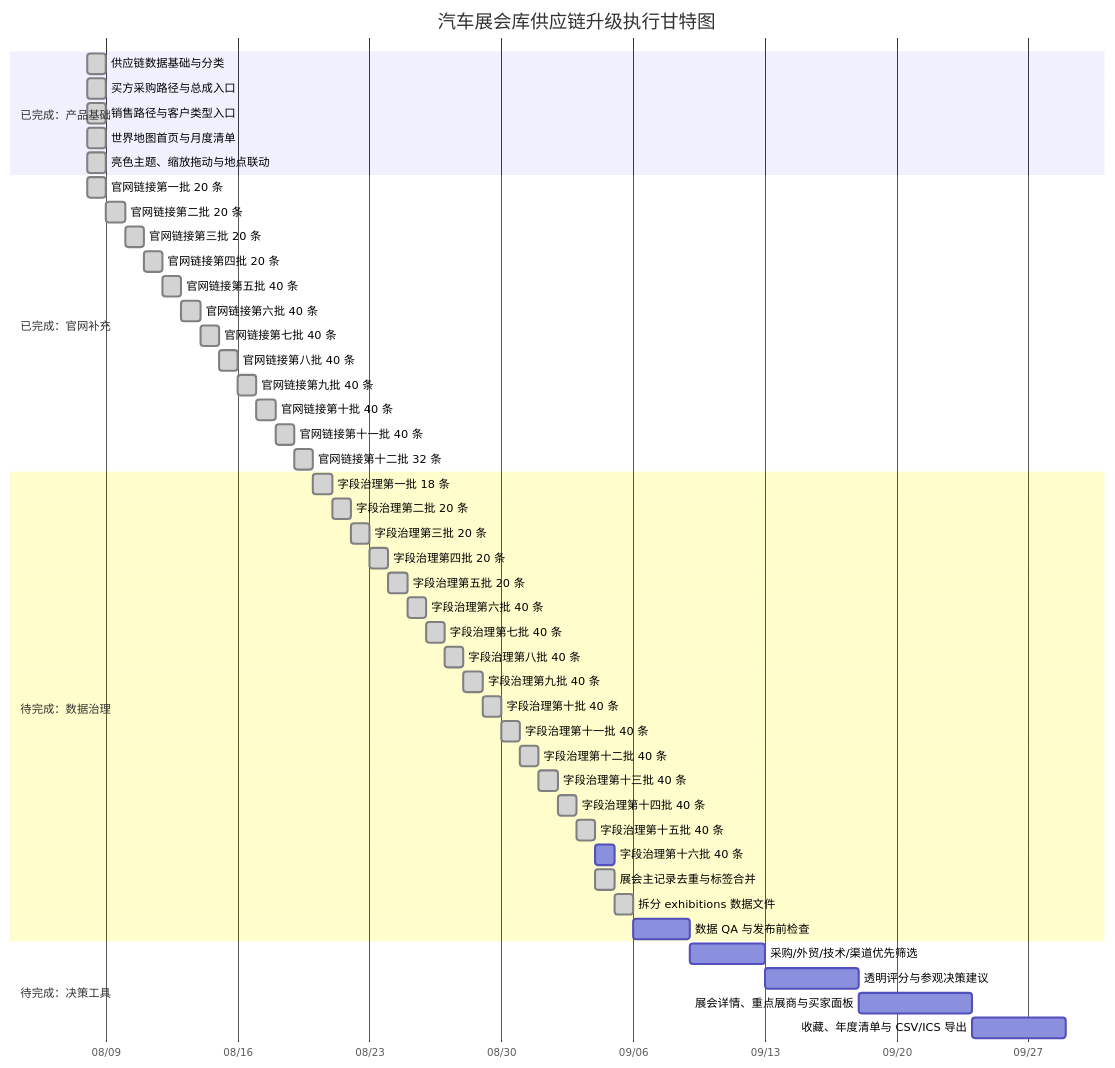
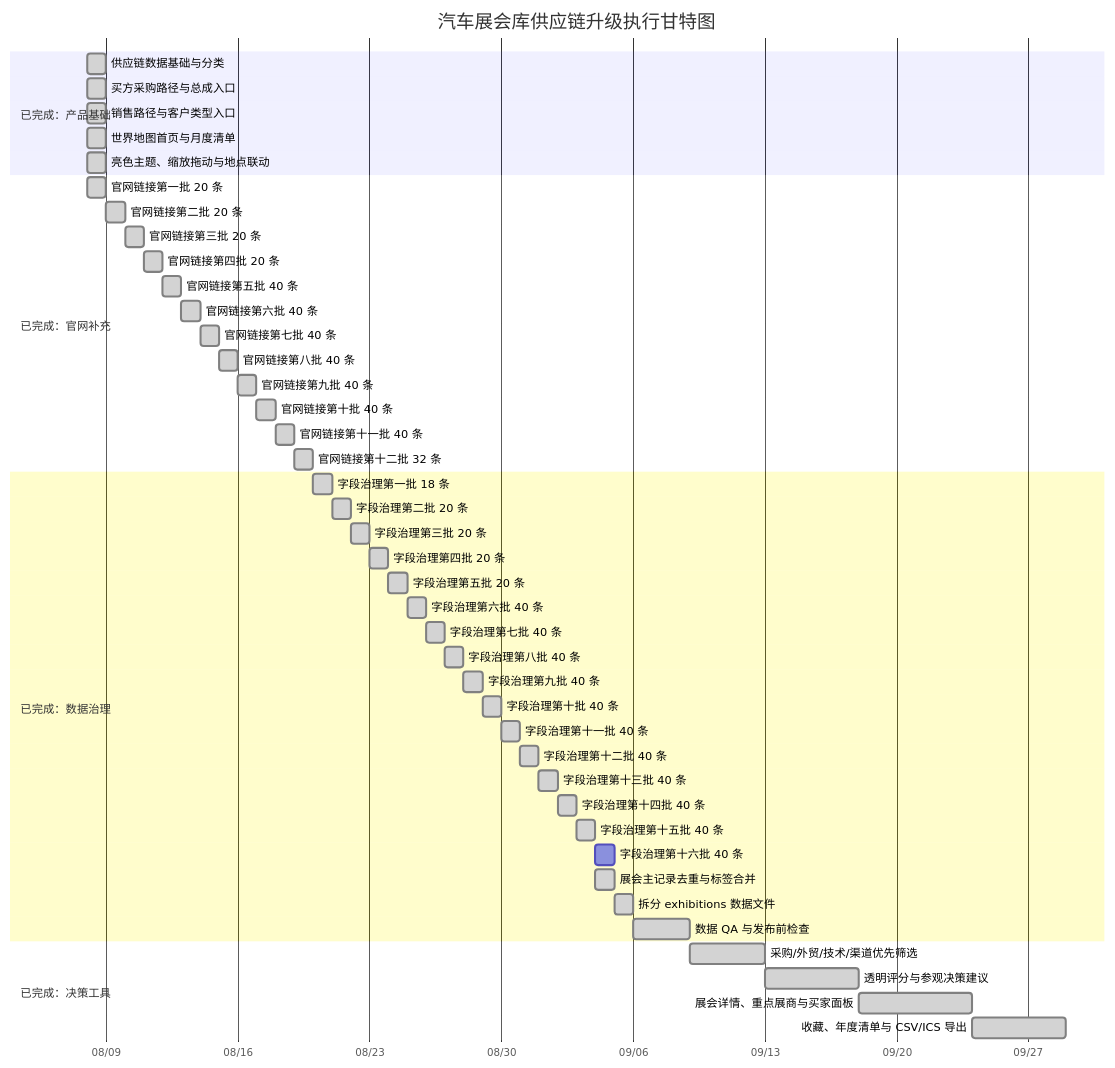
One commit to Cloudyluk/auto-expo changed the diagram in docs/PROJECT_PROGRESS.md. Above: the diagram before and after it, drawn with Mermaid. The commit also changed other lines of this file and 4 other files, not shown here.

````diff
--- a/docs/PROJECT_PROGRESS.md
+++ b/docs/PROJECT_PROGRESS.md
@@ -20,50 +20,50 @@
 ```mermaid
 gantt
     title 汽车展会库供应链升级执行甘特图
     dateFormat  YYYY-MM-DD
     axisFormat  %m/%d
     section 已完成：产品基础
     供应链数据基础与分类             :done, foundation, 2026-08-08, 1d
     买方采购路径与总成入口           :done, buyer, 2026-08-08, 1d
     销售路径与客户类型入口           :done, seller, 2026-08-08, 1d
     世界地图首页与月度清单           :done, map, 2026-08-08, 1d
     亮色主题、缩放拖动与地点联动     :done, interaction, 2026-08-08, 1d
     section 已完成：官网补充
     官网链接第一批 20 条             :done, links1, 2026-08-08, 1d
     官网链接第二批 20 条             :done, links2, after links1, 1d
     官网链接第三批 20 条             :done, links3, after links2, 1d
     官网链接第四批 20 条             :done, links4, after links3, 1d
     官网链接第五批 40 条             :done, links5done, after links4, 1d
     官网链接第六批 40 条             :done, links6done, after links5done, 1d
     官网链接第七批 40 条             :done, links7done, after links6done, 1d
     官网链接第八批 40 条             :done, links8done, after links7done, 1d
     官网链接第九批 40 条             :done, links9done, after links8done, 1d
     官网链接第十批 40 条             :done, links10done, after links9done, 1d
     官网链接第十一批 40 条           :done, links11done, after links10done, 1d
     官网链接第十二批 32 条           :done, links12done, after links11done, 1d
-    section 待完成：数据治理
+    section 已完成：数据治理
     字段治理第一批 18 条             :done, fields1, after links12done, 1d
     字段治理第二批 20 条             :done, fields2, after fields1, 1d
     字段治理第三批 20 条             :done, fields3, after fields2, 1d
     字段治理第四批 20 条             :done, fields4, after fields3, 1d
     字段治理第五批 20 条             :done, fields5, after fields4, 1d
     字段治理第六批 40 条             :done, fields6, after fields5, 1d
     字段治理第七批 40 条             :done, fields7, after fields6, 1d
     字段治理第八批 40 条             :done, fields8, after fields7, 1d
     字段治理第九批 40 条             :done, fields9, after fields8, 1d
     字段治理第十批 40 条             :done, fields10, after fields9, 1d
     字段治理第十一批 40 条           :done, fields11, after fields10, 1d
     字段治理第十二批 40 条           :done, fields12, after fields11, 1d
     字段治理第十三批 40 条           :done, fields13, after fields12, 1d
     字段治理第十四批 40 条           :done, fields14, after fields13, 1d
     字段治理第十五批 40 条           :done, fields15, after fields14, 1d
     字段治理第十六批 40 条           :fields16, after fields15, 1d
     展会主记录去重与标签合并         :done, dedupe, after fields15, 1d
     拆分 exhibitions 数据文件        :done, split, after fields16, 1d
-    数据 QA 与发布前检查              :qa, after split, 3d
-    section 待完成：决策工具
-    采购/外贸/技术/渠道优先筛选       :filters, after qa, 4d
-    透明评分与参观决策建议           :score, after filters, 5d
-    展会详情、重点展商与买家面板      :detail, after score, 6d
-    收藏、年度清单与 CSV/ICS 导出     :plan, after detail, 5d
+    数据 QA 与发布前检查              :done, qa, after split, 3d
+    section 已完成：决策工具
+    采购/外贸/技术/渠道优先筛选       :done, filters, after qa, 4d
+    透明评分与参观决策建议           :done, score, after filters, 5d
+    展会详情、重点展商与买家面板      :done, detail, after score, 6d
+    收藏、年度清单与 CSV/ICS 导出     :done, plan, after detail, 5d
 ```
````
